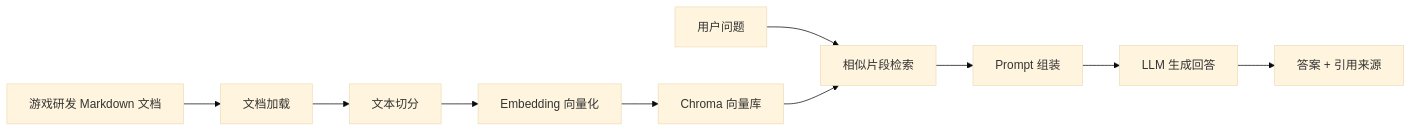
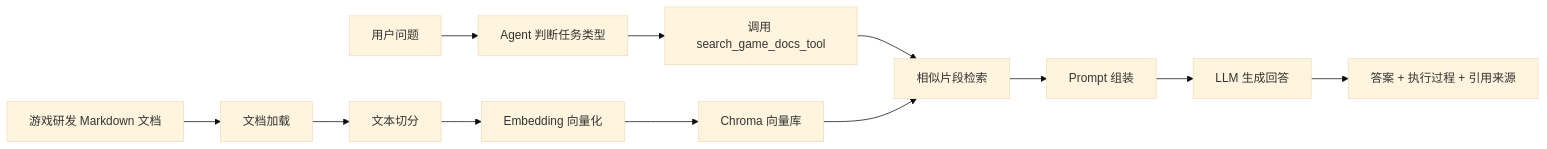
Before and after one commit to Munharis14/ai_game_multiscene_agent_demo: the diagram in report/Demo说明.md, drawn with Mermaid (base theme). The commit also changed other lines of this file and 3 other files, not shown here.

````diff
--- a/report/Demo说明.md
+++ b/report/Demo说明.md
@@ -13,12 +13,14 @@
 ```mermaid
 flowchart LR
     A["游戏研发 Markdown 文档"] --> B["文档加载"]
     B --> C["文本切分"]
     C --> D["Embedding 向量化"]
     D --> E["Chroma 向量库"]
-    F["用户问题"] --> G["相似片段检索"]
+    F["用户问题"] --> X["Agent 判断任务类型"]
+    X --> Y["调用 search_game_docs_tool"]
+    Y --> G["相似片段检索"]
     E --> G
     G --> H["Prompt 组装"]
     H --> I["LLM 生成回答"]
-    I --> J["答案 + 引用来源"]
+    I --> J["答案 + 执行过程 + 引用来源"]
 ```
````
